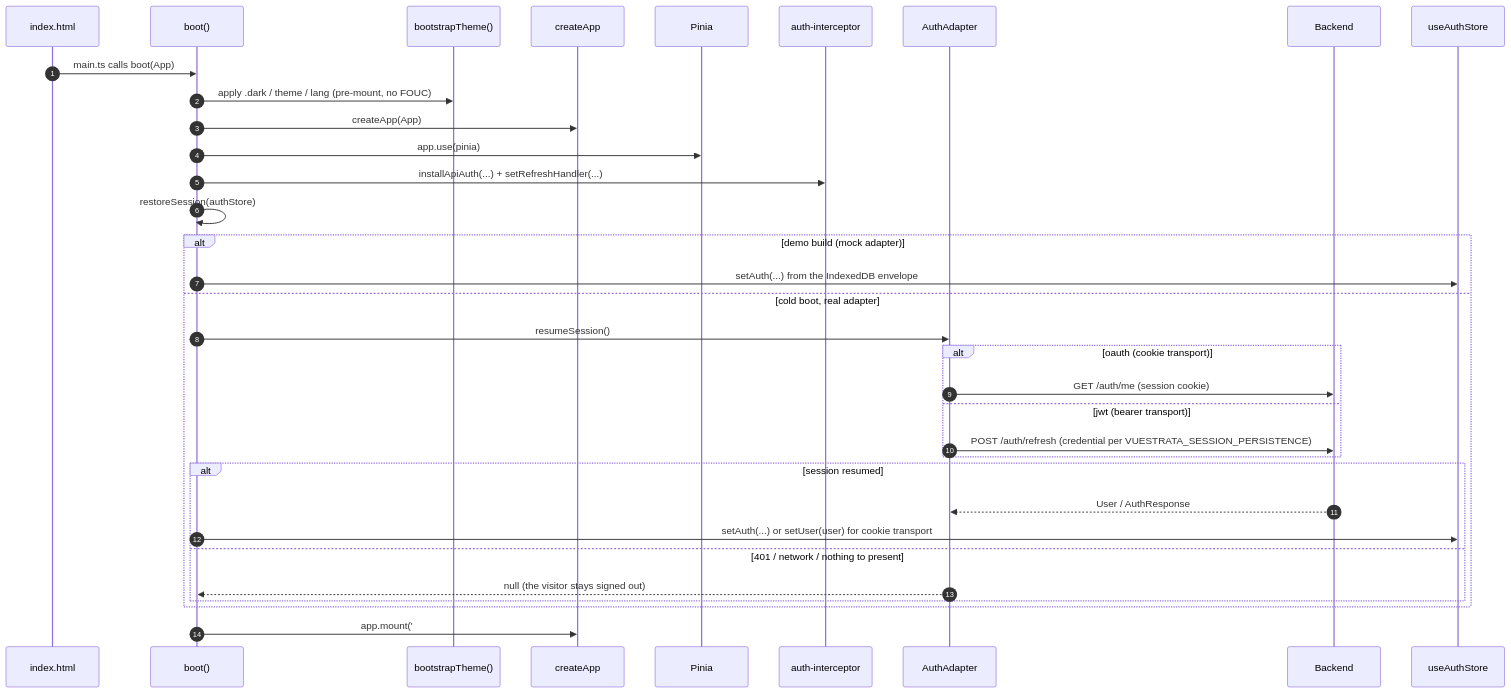
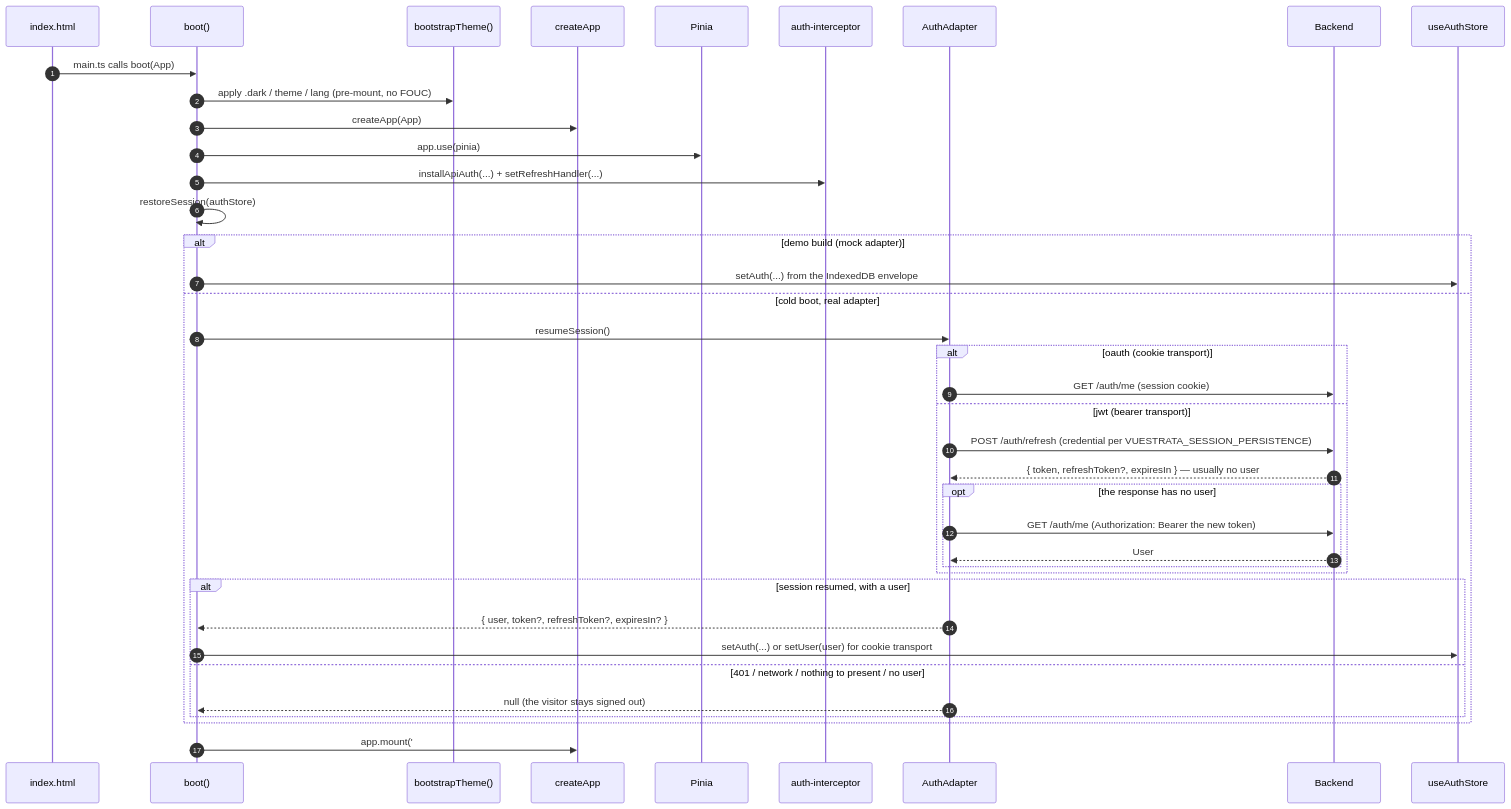
Before and after one commit to boussadjra/vuestrata: the tenth of 14 diagrams in docs/6.configuration/3.auth-deep-dive.md, drawn with Mermaid. The commit also changed other lines of this file and 4 other files, not shown here.

First line of the commit message:
docs(auth): say what refresh-cookie needs from a backend and how a session ends

````diff
--- a/docs/6.configuration/3.auth-deep-dive.md
+++ b/docs/6.configuration/3.auth-deep-dive.md
@@ -775,37 +895,42 @@
 ```mermaid
 sequenceDiagram
   autonumber
   participant HTML as index.html
   participant Main as boot()
   participant Boot as bootstrapTheme()
   participant App as createApp
   participant Pinia
   participant Int as auth-interceptor
   participant Adapter as AuthAdapter
   participant API as Backend
   participant Store as useAuthStore
 
   HTML->>Main: main.ts calls boot(App)
   Main->>Boot: apply .dark / theme / lang (pre-mount, no FOUC)
   Main->>App: createApp(App)
   Main->>Pinia: app.use(pinia)
   Main->>Int: installApiAuth(...) + setRefreshHandler(...)
   Main->>Main: restoreSession(authStore)
   alt demo build (mock adapter)
     Main->>Store: setAuth(...) from the IndexedDB envelope
   else cold boot, real adapter
     Main->>Adapter: resumeSession()
     alt oauth (cookie transport)
       Adapter->>API: GET /auth/me (session cookie)
     else jwt (bearer transport)
       Adapter->>API: POST /auth/refresh (credential per VUESTRATA_SESSION_PERSISTENCE)
+      API-->>Adapter: { token, refreshToken?, expiresIn } — usually no user
+      opt the response has no user
+        Adapter->>API: GET /auth/me (Authorization: Bearer the new token)
+        API-->>Adapter: User
+      end
     end
-    alt session resumed
-      API-->>Adapter: User / AuthResponse
+    alt session resumed, with a user
+      Adapter-->>Main: { user, token?, refreshToken?, expiresIn? }
       Main->>Store: setAuth(...) or setUser(user) for cookie transport
-    else 401 / network / nothing to present
+    else 401 / network / nothing to present / no user
       Adapter-->>Main: null (the visitor stays signed out)
     end
   end
   Main->>App: app.mount('#app')
 ```
````
